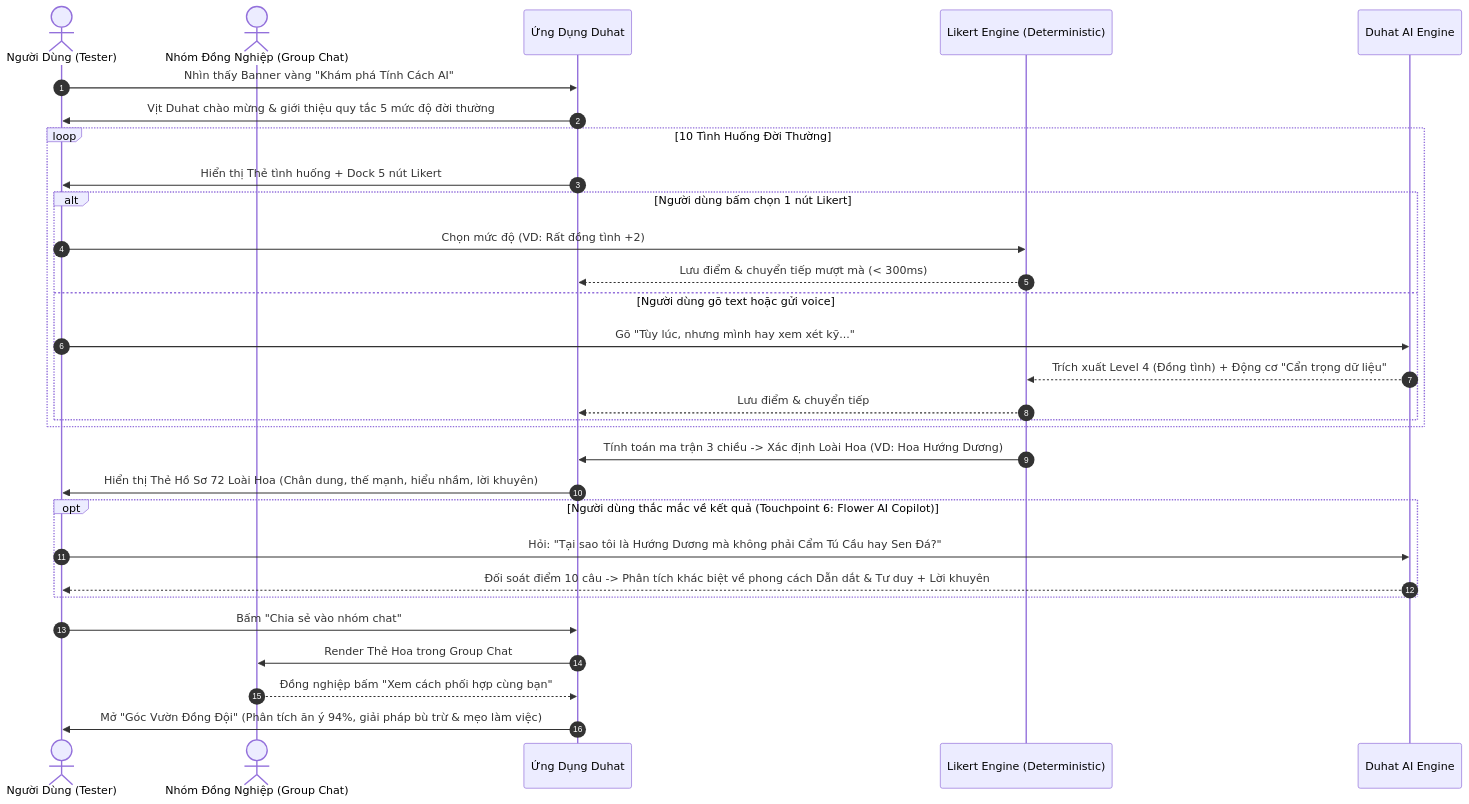
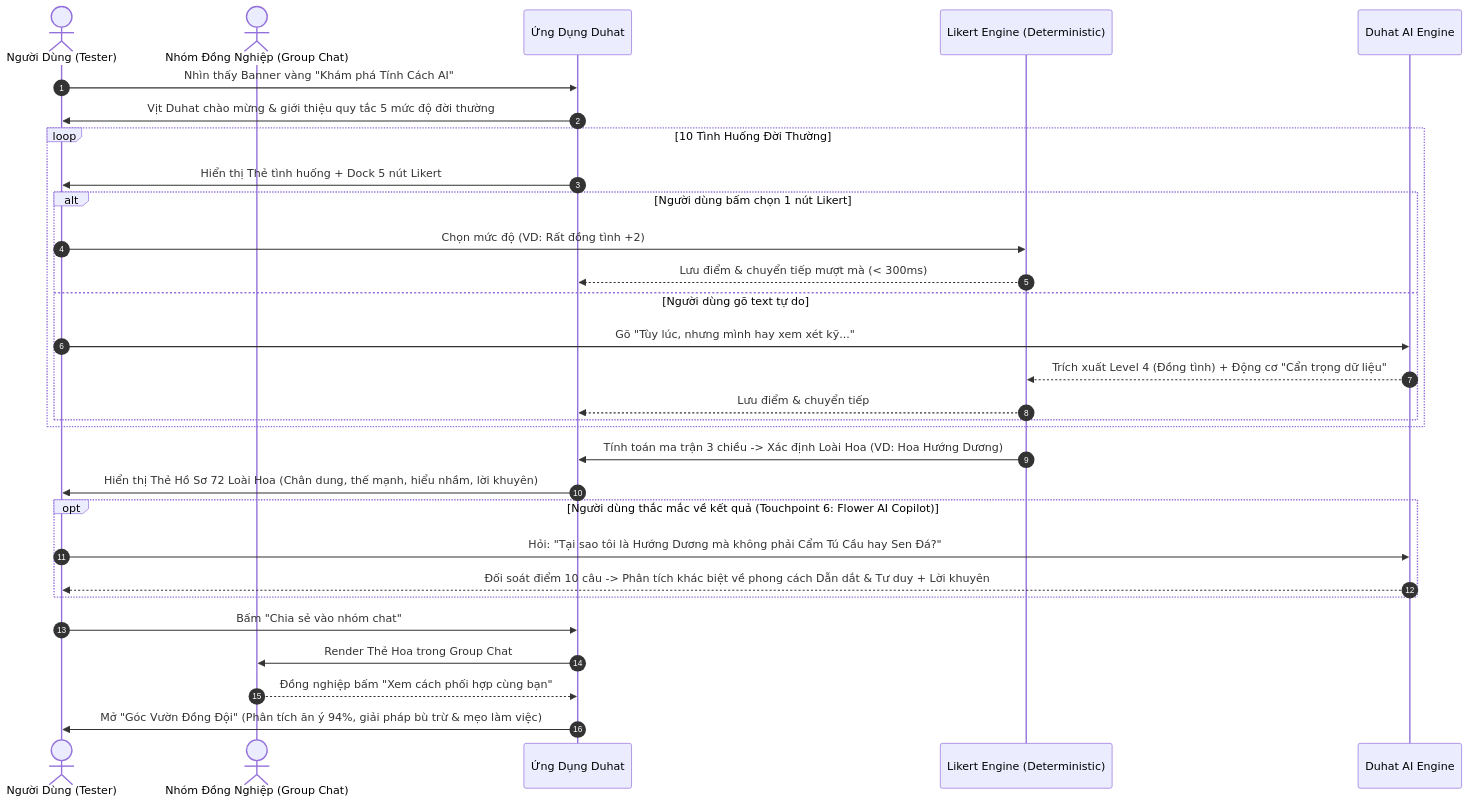
One commit to DaoThang38/duhat-personality-test changed the second of 2 diagrams in PRODUCT_VISION_DUHAT_LIKERT.md. Above: the diagram before and after it, drawn with Mermaid. The commit also changed other lines of this file and 5 other files, not shown here.

Commit message:
fix: remove voice references and ensure only text input is specified; deploy package

````diff
--- a/PRODUCT_VISION_DUHAT_LIKERT.md
+++ b/PRODUCT_VISION_DUHAT_LIKERT.md
@@ -104,37 +104,37 @@
 ```mermaid
 sequenceDiagram
     autonumber
     actor User as Người Dùng (Tester)
     actor Team as Nhóm Đồng Nghiệp (Group Chat)
     participant DuhatApp as Ứng Dụng Duhat
     participant LikertEngine as Likert Engine (Deterministic)
     participant AIEngine as Duhat AI Engine
 
     User->>DuhatApp: Nhìn thấy Banner vàng "Khám phá Tính Cách AI"
     DuhatApp->>User: Vịt Duhat chào mừng & giới thiệu quy tắc 5 mức độ đời thường
     
     loop 10 Tình Huống Đời Thường
         DuhatApp->>User: Hiển thị Thẻ tình huống + Dock 5 nút Likert
         alt Người dùng bấm chọn 1 nút Likert
             User->>LikertEngine: Chọn mức độ (VD: Rất đồng tình +2)
             LikertEngine-->>DuhatApp: Lưu điểm & chuyển tiếp mượt mà (< 300ms)
-        else Người dùng gõ text hoặc gửi voice
+        else Người dùng gõ text tự do
             User->>AIEngine: Gõ "Tùy lúc, nhưng mình hay xem xét kỹ..."
             AIEngine-->>LikertEngine: Trích xuất Level 4 (Đồng tình) + Động cơ "Cẩn trọng dữ liệu"
             LikertEngine-->>DuhatApp: Lưu điểm & chuyển tiếp
         end
     end
 
     LikertEngine->>DuhatApp: Tính toán ma trận 3 chiều -> Xác định Loài Hoa (VD: Hoa Hướng Dương)
     DuhatApp->>User: Hiển thị Thẻ Hồ Sơ 72 Loài Hoa (Chân dung, thế mạnh, hiểu nhầm, lời khuyên)
     
     opt Người dùng thắc mắc về kết quả (Touchpoint 6: Flower AI Copilot)
         User->>AIEngine: Hỏi: "Tại sao tôi là Hướng Dương mà không phải Cẩm Tú Cầu hay Sen Đá?"
         AIEngine-->>User: Đối soát điểm 10 câu -> Phân tích khác biệt về phong cách Dẫn dắt & Tư duy + Lời khuyên
     end
 
     User->>DuhatApp: Bấm "Chia sẻ vào nhóm chat"
     DuhatApp->>Team: Render Thẻ Hoa trong Group Chat
     Team-->>DuhatApp: Đồng nghiệp bấm "Xem cách phối hợp cùng bạn"
     DuhatApp->>User: Mở "Góc Vườn Đồng Đội" (Phân tích ăn ý 94%, giải pháp bù trừ & mẹo làm việc)
 ```
````
